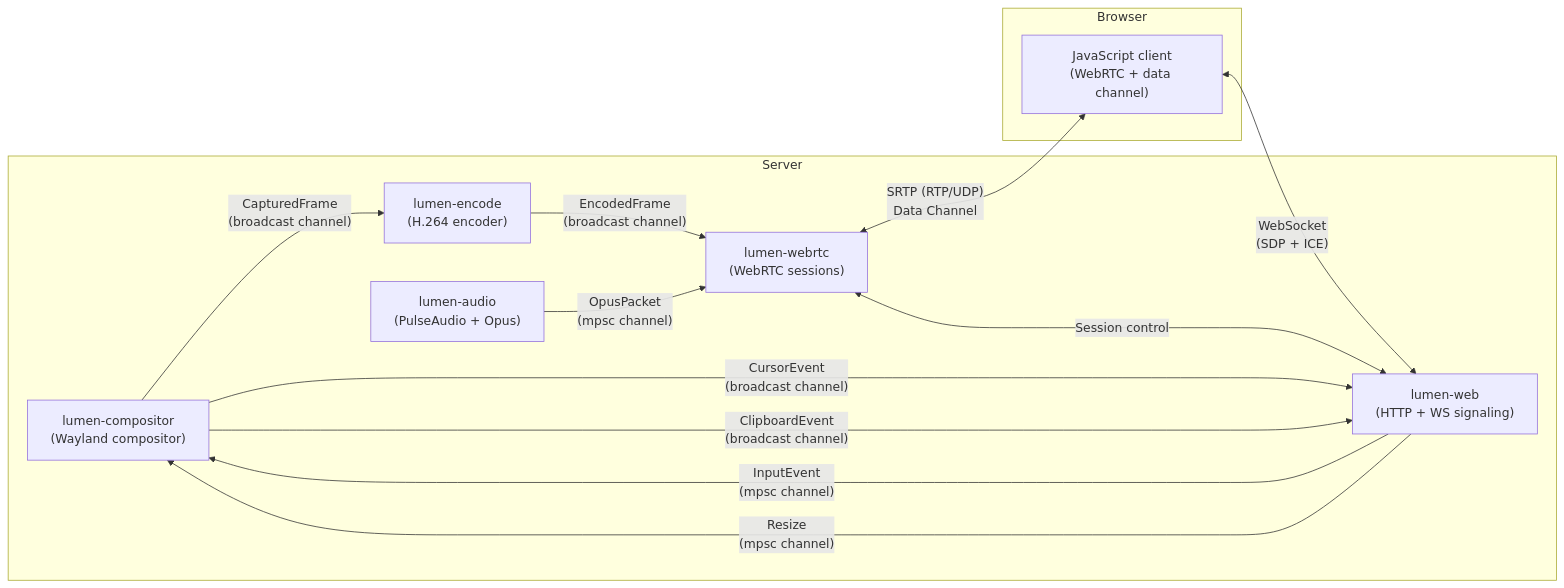
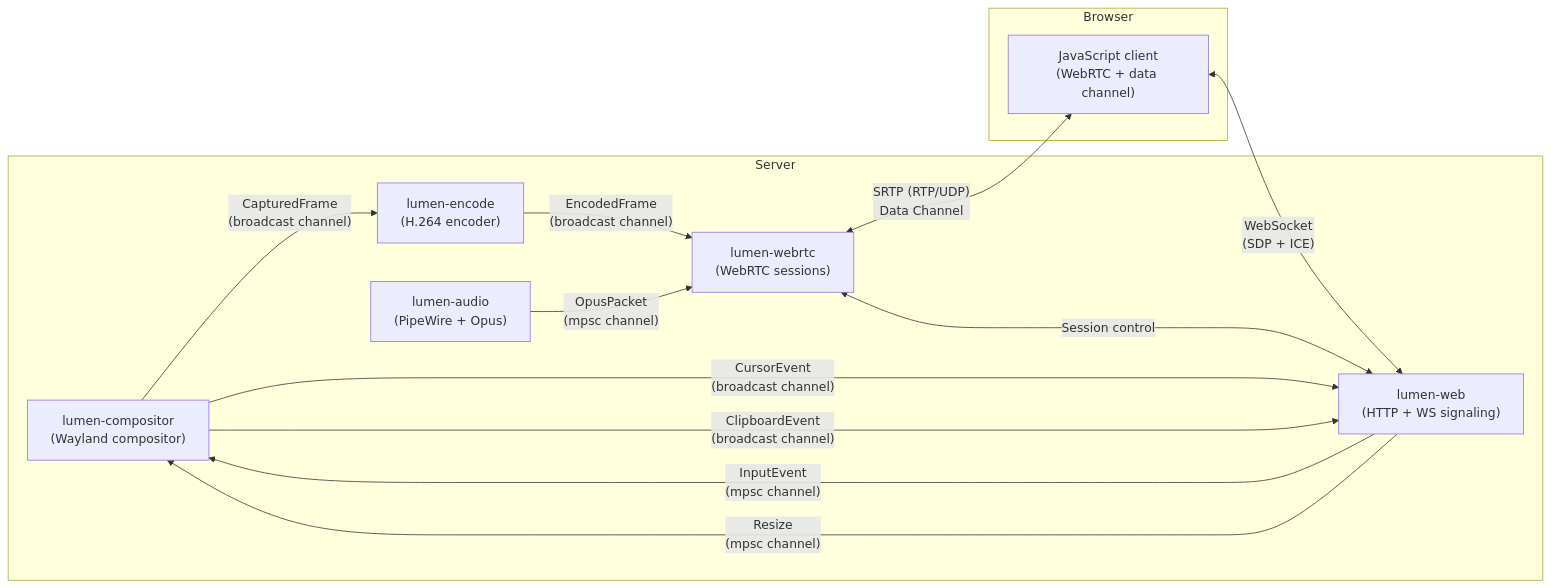
One commit to swedishborgie/lumen changed the second of 8 diagrams in dev-docs/architecture.md. Above: the diagram before and after it, drawn with Mermaid. The commit also changed other lines of this file and 15 other files, not shown here.

````diff
--- a/dev-docs/architecture.md
+++ b/dev-docs/architecture.md
@@ -31,25 +31,25 @@
 ```mermaid
 graph LR
     subgraph Server
         Compositor["lumen-compositor\n(Wayland compositor)"]
         Encoder["lumen-encode\n(H.264 encoder)"]
-        Audio["lumen-audio\n(PulseAudio + Opus)"]
+        Audio["lumen-audio\n(PipeWire + Opus)"]
         WebRTC["lumen-webrtc\n(WebRTC sessions)"]
         Web["lumen-web\n(HTTP + WS signaling)"]
     end
 
     subgraph Browser
         JS["JavaScript client\n(WebRTC + data channel)"]
     end
 
     Compositor -->|"CapturedFrame\n(broadcast channel)"| Encoder
     Encoder -->|"EncodedFrame\n(broadcast channel)"| WebRTC
     Audio -->|"OpusPacket\n(mpsc channel)"| WebRTC
     Compositor -->|"CursorEvent\n(broadcast channel)"| Web
     Compositor -->|"ClipboardEvent\n(broadcast channel)"| Web
     WebRTC <-->|"SRTP (RTP/UDP)\nData Channel"| JS
     JS <-->|"WebSocket\n(SDP + ICE)"| Web
     Web -->|"InputEvent\n(mpsc channel)"| Compositor
     Web -->|"Resize\n(mpsc channel)"| Compositor
     Web <-->|"Session control"| WebRTC
 ```
````
